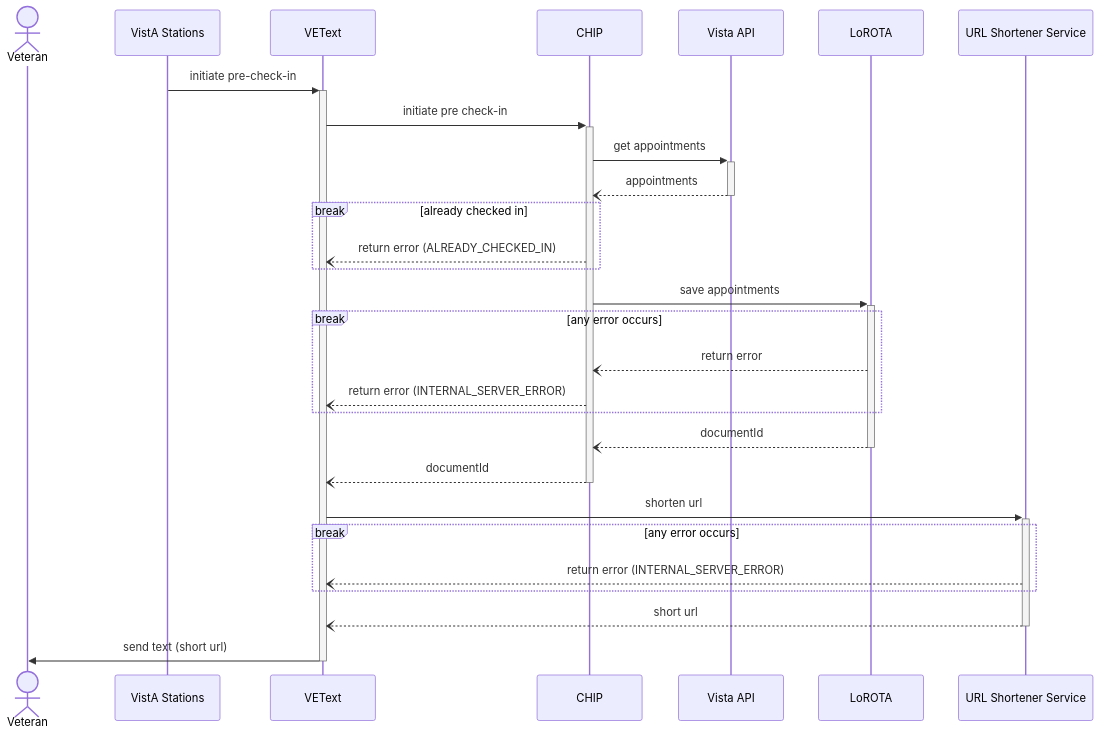
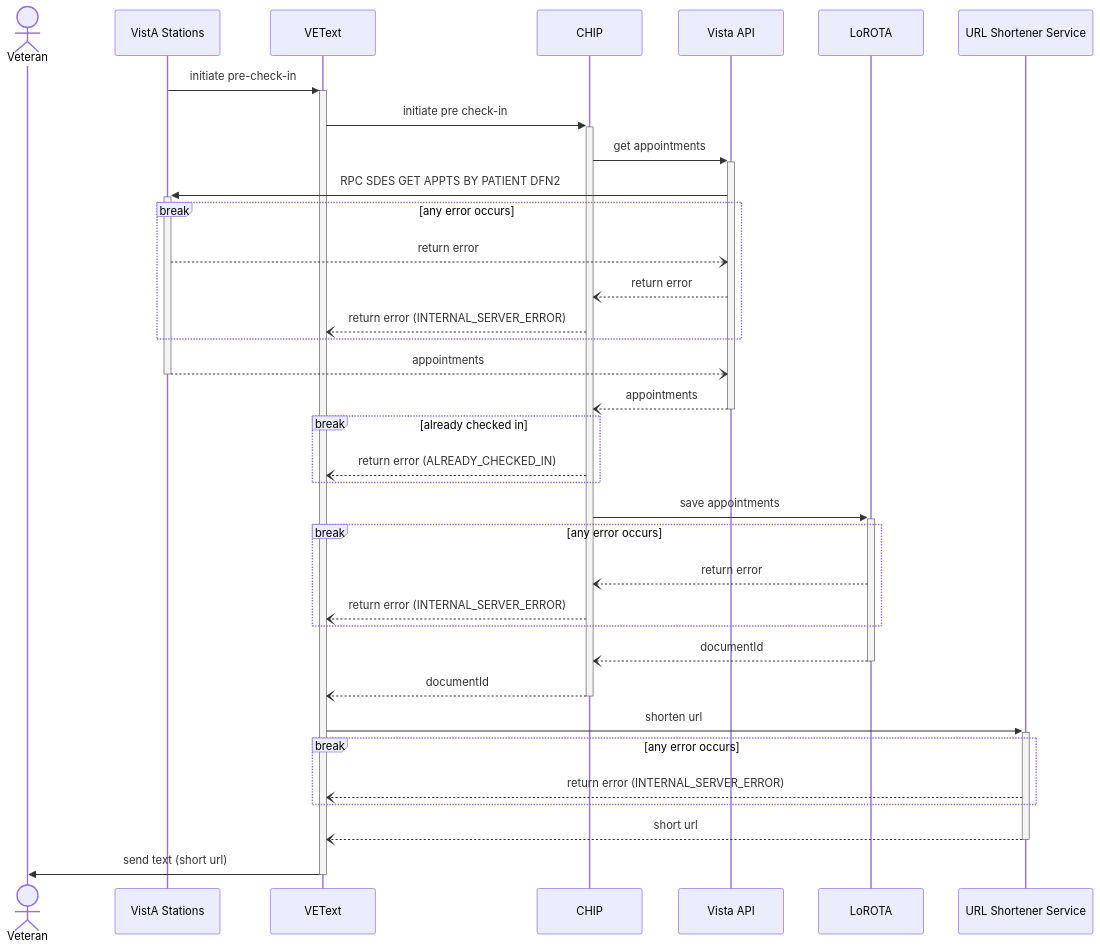
The first of 4 diagrams in products/health-care/checkin/engineering/architecture-diagrams/sequenceDiagram_preCheckInExp.md (department-of-veterans-affairs/va.gov-team), drawn with Mermaid before and after one commit.

````diff
--- a/products/health-care/checkin/engineering/architecture-diagrams/sequenceDiagram_preCheckInExp.md
+++ b/products/health-care/checkin/engineering/architecture-diagrams/sequenceDiagram_preCheckInExp.md
@@ -6,37 +6,44 @@
 ```mermaid
 sequenceDiagram
     actor vet as Veteran
     participant val as VistA Stations
     participant vt as VEText
     participant c as CHIP
     participant va as Vista API
     participant l as LoROTA
     participant url as URL Shortener Service
 
     val->>+vt: initiate pre-check-in
     vt->>+c: initiate pre check-in
 
     c->>+va: get appointments
+    va->>+val: RPC SDES GET APPTS BY PATIENT DFN2
+    break any error occurs
+      val--)va: return error
+      va--)c: return error
+      c--)vt: return error (INTERNAL_SERVER_ERROR)
+    end
+    val--)-va: appointments
     va--)-c: appointments
 
     break already checked in
       c--)vt: return error (ALREADY_CHECKED_IN)
     end
 
     c->>+l: save appointments
     break any error occurs
       l--)c: return error
       c--)vt: return error (INTERNAL_SERVER_ERROR)
     end
     l--)-c: documentId
 
     c--)-vt: documentId
 
     vt->>+url: shorten url
     break any error occurs
       url--)vt: return error (INTERNAL_SERVER_ERROR)
     end
     url--)-vt: short url
 
     vt->>-vet: send text (short url)
 ```
````
